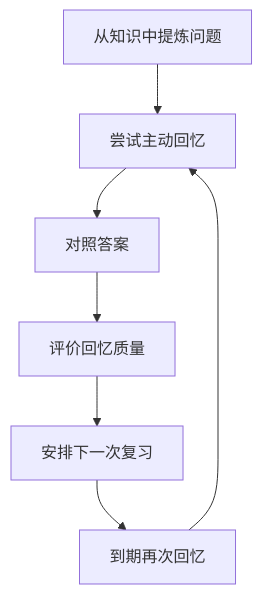
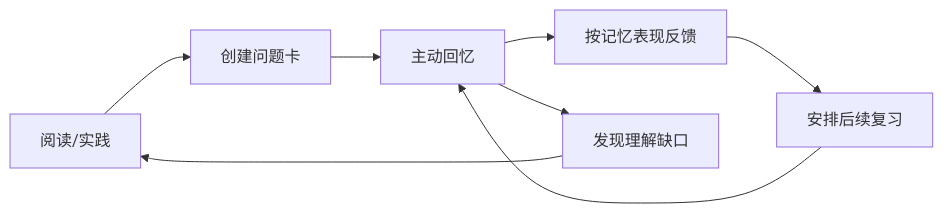
The diagram in pages/supermemo.md (ilikui/Notes), drawn with Mermaid before and after one commit. The commit also changed other lines of this file and 20 other files, not shown here.

First line of the commit message:
docs: complete foundation notes and add diagrams

````diff
--- a/pages/supermemo.md
+++ b/pages/supermemo.md
@@ -7,9 +15,10 @@
 ```mermaid
-flowchart TD
-    A[从知识中提炼问题] --> B[尝试主动回忆]
-    B --> C[对照答案]
-    C --> D[评价回忆质量]
-    D --> E[安排下一次复习]
-    E --> F[到期再次回忆]
-    F --> B
+flowchart LR
+    A[阅读/实践] --> B[创建问题卡]
+    B --> C[主动回忆]
+    C --> D[按记忆表现反馈]
+    D --> E[安排后续复习]
+    E --> C
+    C --> F[发现理解缺口]
+    F --> A
 ```
````
